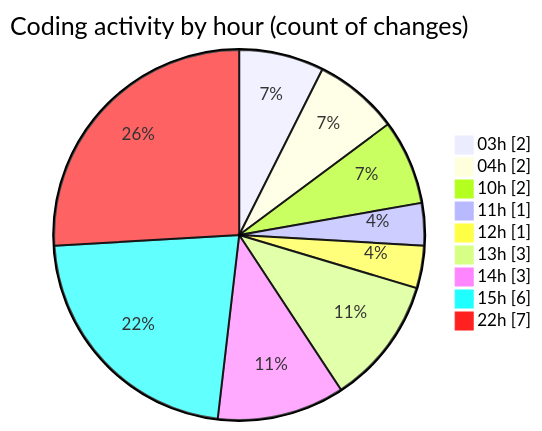
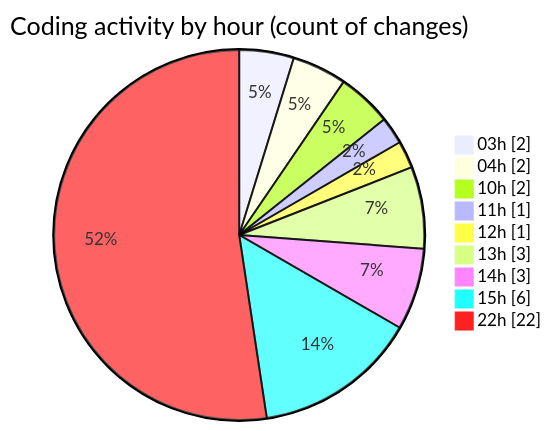
One commit to julien-gomy/code-tracking changed the second of 2 diagrams in 2025-11-27/cdp_aleoudev_fr__workspace_/README.md. Above: the diagram before and after it, drawn with Mermaid. The commit also changed other lines of this file and 1 other file, not shown here.

````diff
--- a/2025-11-27/cdp_aleoudev_fr__workspace_/README.md
+++ b/2025-11-27/cdp_aleoudev_fr__workspace_/README.md
@@ -38,13 +53,13 @@
 ```mermaid
 pie showData
 title Coding activity by hour (count of changes)
 "03h" : 2
 "04h" : 2
 "10h" : 2
 "11h" : 1
 "12h" : 1
 "13h" : 3
 "14h" : 3
 "15h" : 6
-"22h" : 7
+"22h" : 22
 ```
````
